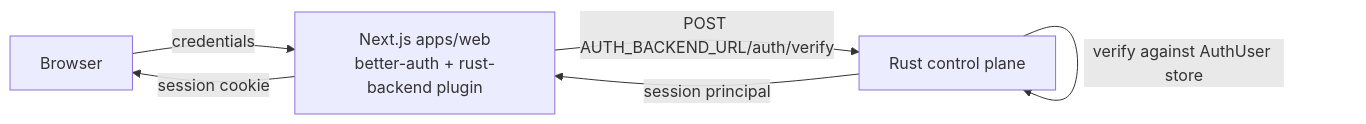
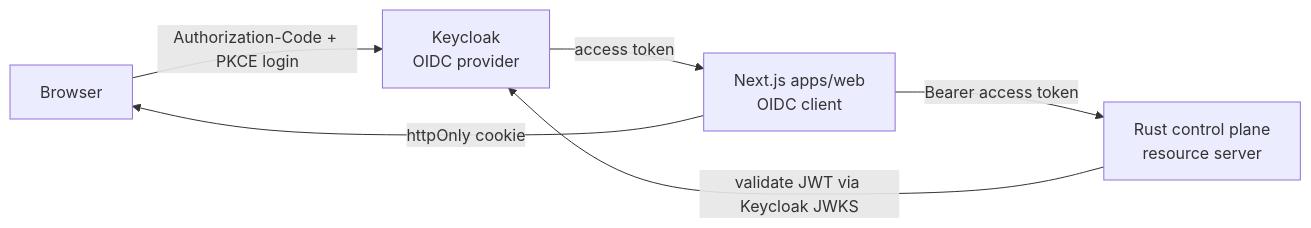
One commit to vymalo/lightbridge-code-intelligence changed the fourth of 4 diagrams in docs/architecture.md. Above: the diagram before and after it, drawn with Mermaid. The commit also changed other lines of this file and 11 other files, not shown here.

First line of the commit message:
docs: ADR-0014 (Keycloak OIDC resource server) supersedes ADR-0007

````diff
--- a/docs/architecture.md
+++ b/docs/architecture.md
@@ -126,8 +128,8 @@
 ```mermaid
 flowchart LR
-  B[Browser] -->|credentials| W[Next.js apps/web<br/>better-auth + rust-backend plugin]
-  W -->|POST AUTH_BACKEND_URL/auth/verify| RC[Rust control plane]
-  RC -->|verify against AuthUser store| RC
-  RC -->|session principal| W
-  W -->|session cookie| B
+  B[Browser] -->|Authorization-Code + PKCE login| K[Keycloak<br/>OIDC provider]
+  K -->|access token| W[Next.js apps/web<br/>OIDC client]
+  W -->|httpOnly cookie| B
+  W -->|Bearer access token| RC[Rust control plane<br/>resource server]
+  RC -->|validate JWT via Keycloak JWKS| K
 ```
````
